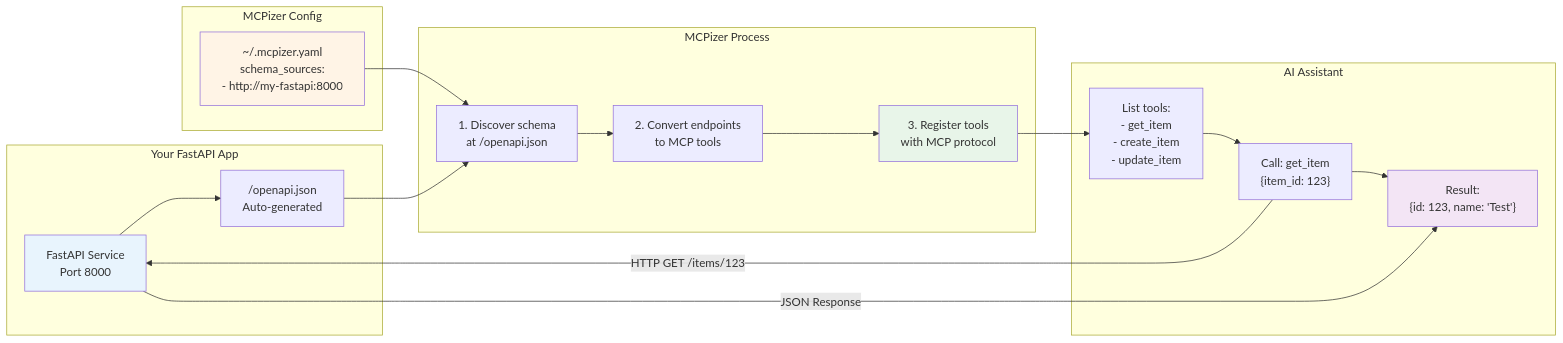
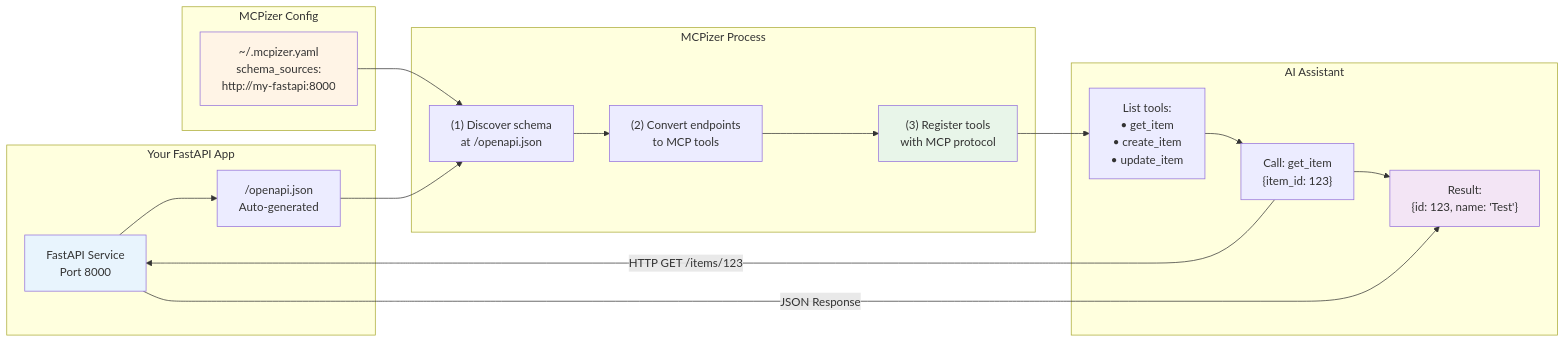
One commit to i2y/mcpizer changed the fourth of 4 diagrams in README.md. Above: the diagram before and after it, drawn with Mermaid.

Commit message:
fix(README): resolve mermaid rendering issue with numbered lists

````diff
--- a/README.md
+++ b/README.md
@@ -458,41 +458,41 @@
 ```mermaid
 flowchart LR
     subgraph "Your FastAPI App"
         API[FastAPI Service<br/>Port 8000]
         Schema["/openapi.json<br/>Auto-generated"]
         API --> Schema
     end
     
     subgraph "MCPizer Config"
-        Config["~/.mcpizer.yaml<br/>schema_sources:<br/>- http://my-fastapi:8000"]
+        Config["~/.mcpizer.yaml<br/>schema_sources:<br/>http://my-fastapi:8000"]
     end
     
     subgraph "MCPizer Process"
-        Discover["1. Discover schema<br/>at /openapi.json"]
-        Convert["2. Convert endpoints<br/>to MCP tools"]
-        Register["3. Register tools<br/>with MCP protocol"]
+        Discover["(1) Discover schema<br/>at /openapi.json"]
+        Convert["(2) Convert endpoints<br/>to MCP tools"]
+        Register["(3) Register tools<br/>with MCP protocol"]
         
         Discover --> Convert
         Convert --> Register
     end
     
     subgraph "AI Assistant"
-        List["List tools:<br/>- get_item<br/>- create_item<br/>- update_item"]
+        List["List tools:<br/>• get_item<br/>• create_item<br/>• update_item"]
         Call["Call: get_item<br/>{item_id: 123}"]
         Result["Result:<br/>{id: 123, name: 'Test'}"]
         
         List --> Call
         Call --> Result
     end
     
     Config --> Discover
     Schema --> Discover
     Register --> List
     Call -->|HTTP GET /items/123| API
     API -->|JSON Response| Result
     
     style API fill:#e8f4fd
     style Config fill:#fff4e6
     style Register fill:#e8f5e9
     style Result fill:#f3e5f5
 ```
````
